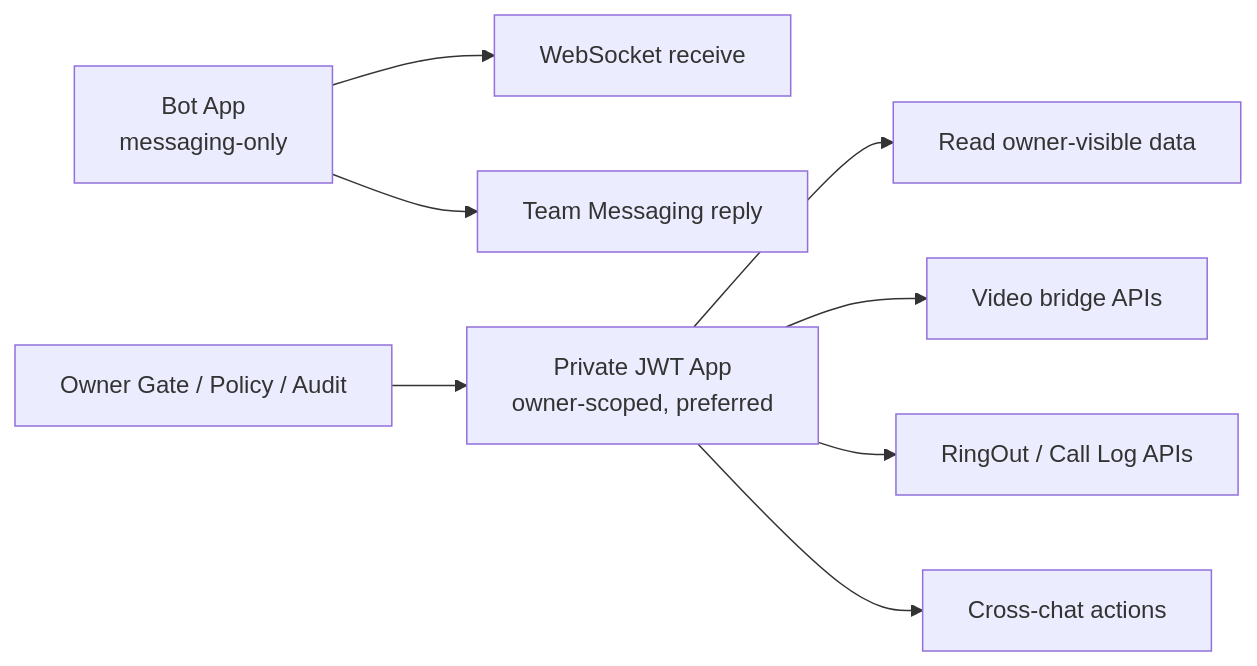
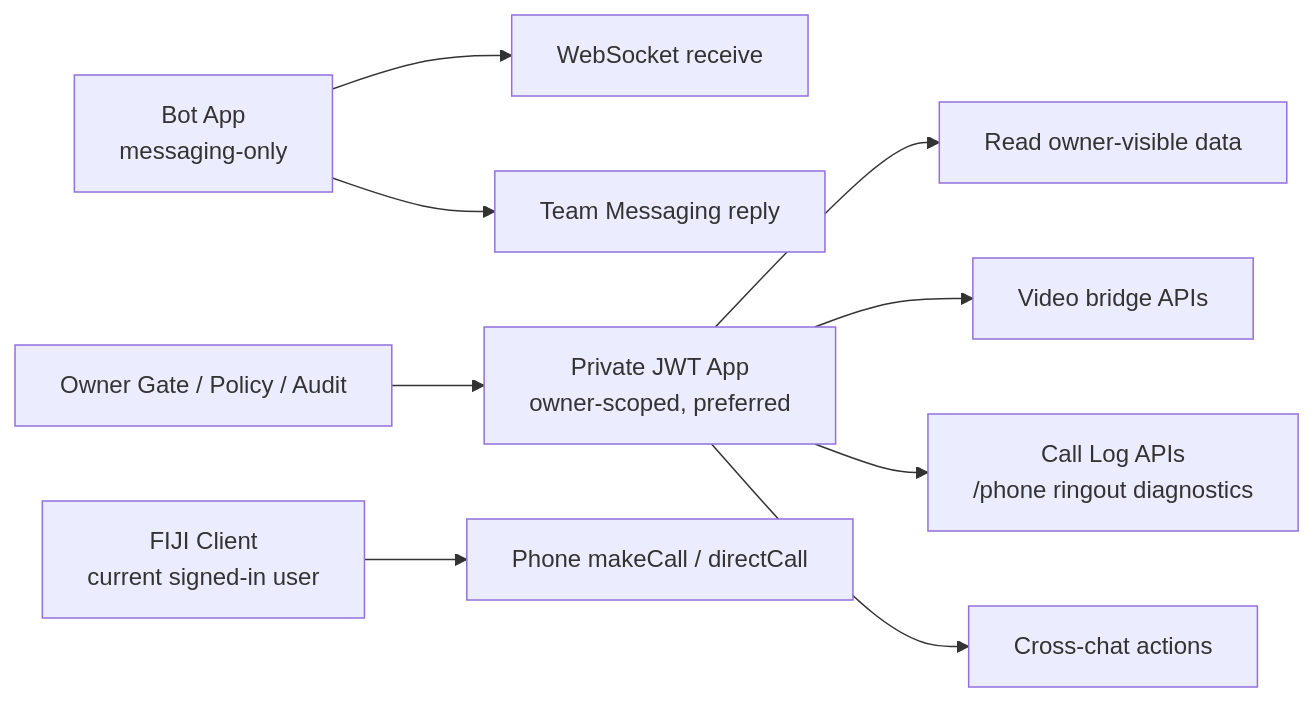
Before and after one commit to ringclaw/ringclaw: the second of 8 diagrams in docs/architecture/personal-ava-bot-platform.md, drawn with Mermaid. The commit also changed other lines of this file and 44 other files, not shown here.

````diff
--- a/docs/architecture/personal-ava-bot-platform.md
+++ b/docs/architecture/personal-ava-bot-platform.md
@@ -88,12 +88,13 @@
 ```mermaid
 flowchart LR
   BotApp["Bot App<br/>messaging-only"] --> WS["WebSocket receive"]
   BotApp --> Reply["Team Messaging reply"]
 
   PrivateApp["Private JWT App<br/>owner-scoped, preferred"] --> Read["Read owner-visible data"]
   PrivateApp --> Video["Video bridge APIs"]
-  PrivateApp --> Phone["RingOut / Call Log APIs"]
+  PrivateApp --> Phone["Call Log APIs<br/>/phone ringout diagnostics"]
+  Client["FIJI Client<br/>current signed-in user"] --> MakeCall["Phone makeCall / directCall"]
   PrivateApp --> CrossChat["Cross-chat actions"]
 
   Policy["Owner Gate / Policy / Audit"] --> PrivateApp
 ```
````
